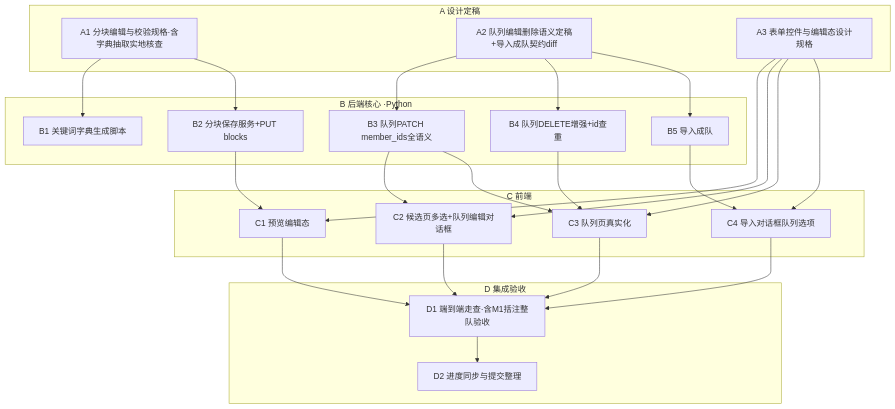
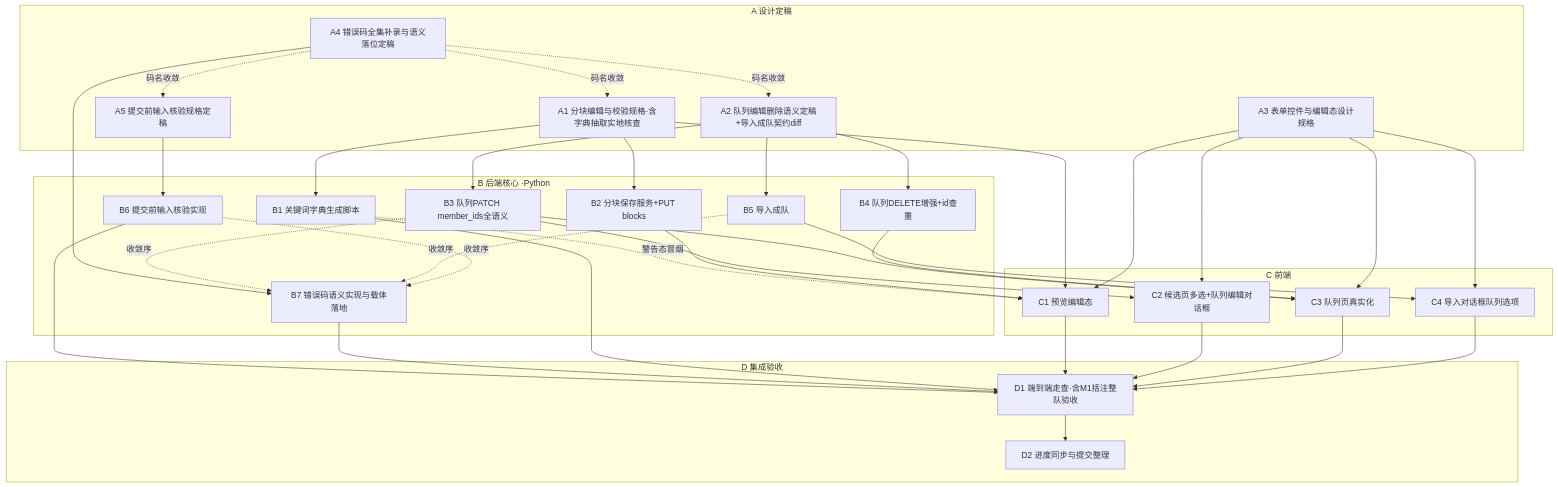
One commit to baizhancaiji/gauforge changed the first of 4 diagrams in docs/plans/m2-plan.md. Above: the diagram before and after it, drawn with Mermaid. The commit also changed other lines of this file and 1 other file, not shown here.

````diff
--- a/docs/plans/m2-plan.md
+++ b/docs/plans/m2-plan.md
@@ -274,45 +557,62 @@
 ```mermaid
 flowchart TD
     subgraph A[A 设计定稿]
         A1[A1 分块编辑与校验规格·含字典抽取实地核查]
         A2[A2 队列编辑删除语义定稿+导入成队契约diff]
         A3[A3 表单控件与编辑态设计规格]
+        A4[A4 错误码全集补录与语义落位定稿]
+        A5[A5 提交前输入核验规格定稿]
     end
     subgraph B[B 后端核心 ·Python]
         B1[B1 关键词字典生成脚本]
         B2[B2 分块保存服务+PUT blocks]
         B3[B3 队列PATCH member_ids全语义]
         B4[B4 队列DELETE增强+id查重]
         B5[B5 导入成队]
+        B6[B6 提交前输入核验实现]
+        B7[B7 错误码语义实现与载体落地]
     end
     subgraph C[C 前端]
         C1[C1 预览编辑态]
         C2[C2 候选页多选+队列编辑对话框]
         C3[C3 队列页真实化]
         C4[C4 导入对话框队列选项]
     end
     subgraph D[D 集成验收]
         D1[D1 端到端走查·含M1括注整队验收]
         D2[D2 进度同步与提交整理]
     end
 
     A1 --> B1
     A1 --> B2
+    A1 --> C1
     A2 --> B3
     A2 --> B4
     A2 --> B5
     A3 --> C1
     A3 --> C2
     A3 --> C3
     A3 --> C4
+    A4 --> B7
+    A4 -.->|码名收敛| A1
+    A4 -.->|码名收敛| A2
+    A4 -.->|码名收敛| A5
+    A5 --> B6
+    B1 -.->|警告态冒烟| C1
     B2 --> C1
     B3 --> C2
     B3 --> C3
+    B3 -.->|收敛序| B7
     B4 --> C3
     B5 --> C4
+    B5 -.->|收敛序| B7
+    B6 -.->|收敛序| B7
+    B6 --> D1
+    B7 --> D1
+    B1 --> D1
     C1 --> D1
     C2 --> D1
     C3 --> D1
     C4 --> D1
     D1 --> D2
 ```
````
